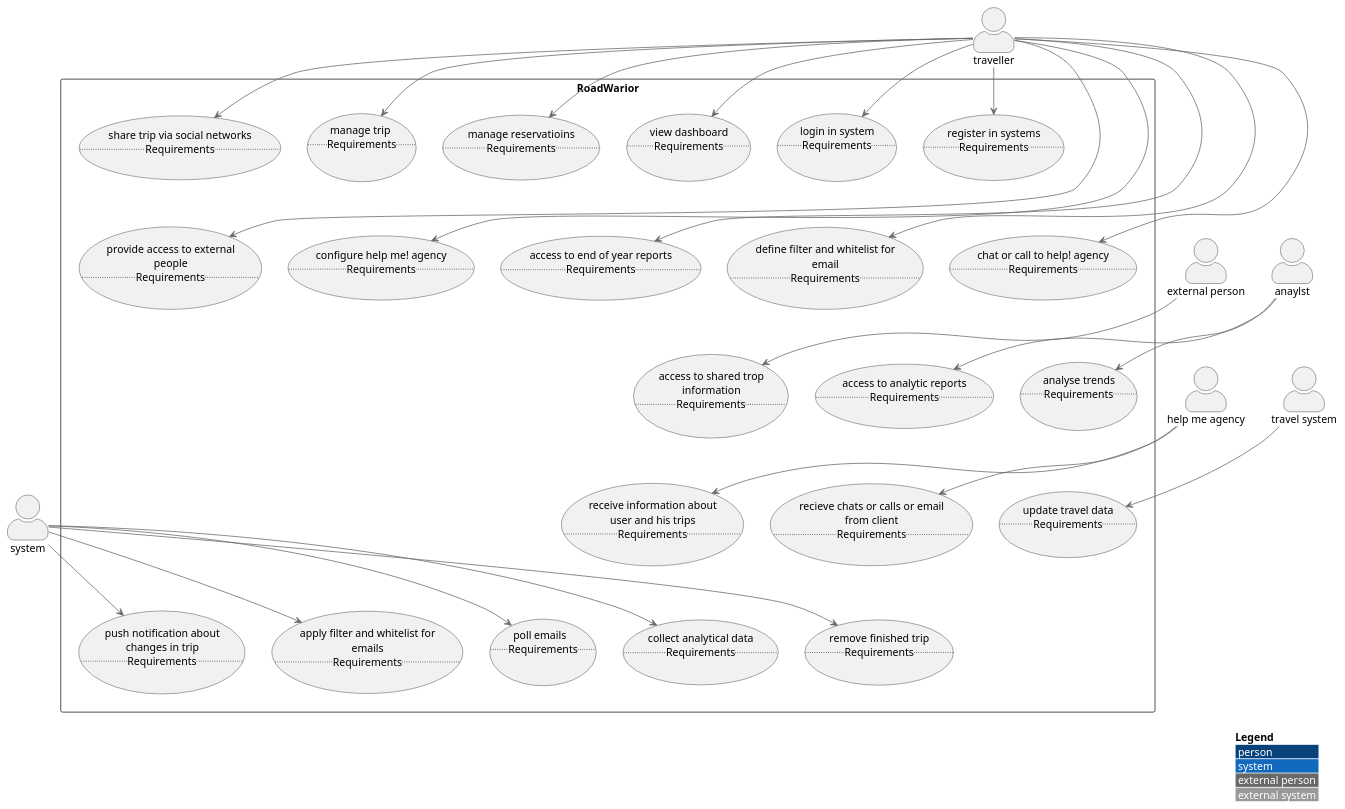
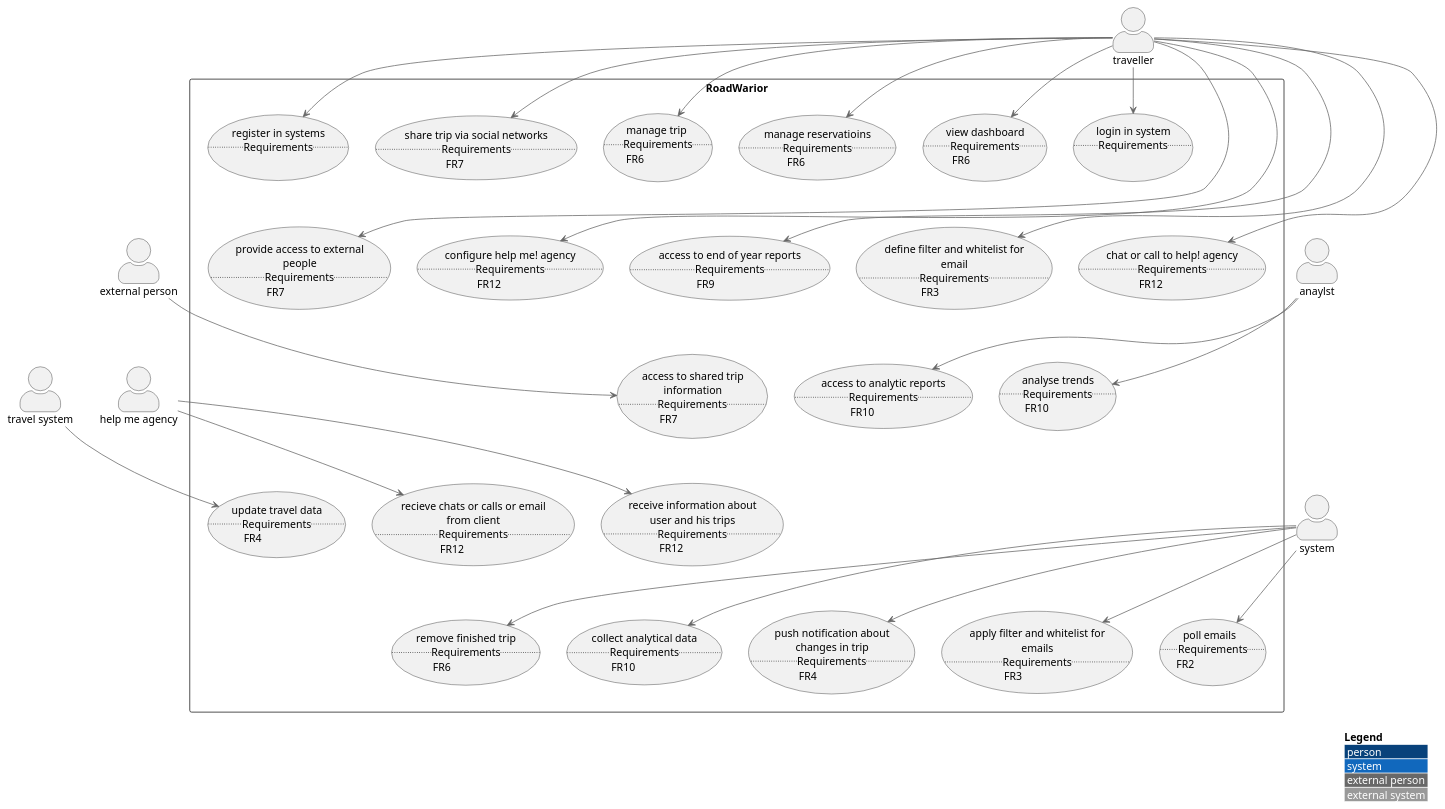
One commit to wschaef/architecture-kata-2023 changed the diagram in diagrams/use-cases.puml. Above: the diagram before and after it, drawn with PlantUML.

Commit message:
Added the reference to the requirements

```diff
--- a/diagrams/use-cases.puml
+++ b/diagrams/use-cases.puml
@@ -1,138 +1,88 @@
 @startuml UseCaseOverview
 !include <C4/C4_Context>
 
 LAYOUT_WITH_LEGEND()
 
 actor :traveller: as tr
 actor :external person: as ep
 actor :anaylst: as an
 actor :help me agency: as hma
 actor :travel system: as ts
 actor :system: as sy
 
+ep -[hidden]right- hma
+ts -[hidden]right- hma
 rectangle RoadWarior {
-    together {
-  usecase RIS as "register in systems 
-  ..Requirements..
-  "
-  usecase lis as "login in system
-  ..Requirements..
-  "
-  usecase vd as "view dashboard
-  ..Requirements..
-  "
+  together {
+    usecase RIS as "register in systems \n..Requirements..\n"
+    usecase lis as "login in system \n..Requirements..\n"
+    usecase vd as "view dashboard \n..Requirements..\nFR6"
+    usecase mr as "manage reservatioins \n..Requirements..\n FR6"
+    usecase mt as "manage trip \n..Requirements..\n FR6"
+    usecase stsn as "share trip via social networks \n..Requirements..\n FR7"
+  }
   
-    usecase mr as "manage reservatioins
-  ..Requirements..
-  "
-  usecase mt as "manage trip
-  ..Requirements..
-  "
-    usecase stsn as "share trip via social networks
-  ..Requirements..
-  "
+  together {
+    usecase patep as "provide access to external people \n..Requirements..\nFR7"
+    usecase cmha as "configure help me! agency \n..Requirements..\nFR12"
+    usecase ater as "access to end of year reports \n..Requirements..\nFR9"
+    usecase dfawfe as "define filter and whitelist for email \n..Requirements..\nFR3"
+    usecase coctha as "chat or call to help! agency \n..Requirements..\nFR12"
   }
-  together  {
-  usecase patep as "provide access to external people
-  ..Requirements..
-  "
-
-  usecase cmha as "configure help me! agency
-  ..Requirements..
-  "
-  usecase ater as "access to end of year reports
-  ..Requirements..
-  "
-
-  usecase dfawfe as "define filter and whitelist for email
-  ..Requirements..
-  "
-    usecase coctha as "chat or call to help! agency
-  ..Requirements..
-  "
-
-    }
+  
   together {
-
-  usecase atsti as "access to shared trop information
-  ..Requirements..
-  "
-
-  usecase atar as "access to analytic reports
-  ..Requirements..
-  "
-
-  usecase at as "analyse trends
-  ..Requirements..
-  "
+    usecase atsti as "access to shared trip information \n..Requirements..\nFR7"
+    usecase atar as "access to analytic reports \n..Requirements..\nFR10"
+    usecase at as "analyse trends \n..Requirements..\nFR10"
   }
+  
   together {
-  usecase riauaht as "receive information about user and his trips
-  ..Requirements..
-  "
-  usecase utd as "update travel data
-  ..Requirements..
-  "
-  usecase rcocoefc as "recieve chats or calls or email from client
-  ..Requirements..
-  "
+    usecase riauaht as "receive information about user and his trips \n..Requirements..\nFR12"
+    usecase utd as "update travel data \n..Requirements..\nFR4"
+    usecase rcocoefc as "recieve chats or calls or email from client \n..Requirements..\nFR12"
   }
+  
   together {
-
-  usecase pe as "poll emails
-  ..Requirements..
-  "
-
-    usecase afawfe as "apply filter and whitelist for emails
-  ..Requirements..
-  "
-  usecase pnacit as "push notification about changes in trip
-  ..Requirements..
-  "
-    
-    usecase rft as "remove finished trip
-  ..Requirements..
-  "
-
-  usecase cad as "collect analytical data
-  ..Requirements..
-  "
-
-    }
+    usecase pe as "poll emails \n..Requirements..\nFR2"
+    usecase afawfe as "apply filter and whitelist for emails \n..Requirements..\nFR3"
+    usecase pnacit as "push notification about changes in trip \n..Requirements..\nFR4"
+    usecase rft as "remove finished trip \n..Requirements..\nFR6"
+    usecase cad as "collect analytical data \n..Requirements..\nFR10"
+  }
 }
 
-sy -R-> cad
+sy --> cad
 sy --> rft
 sy --> pnacit
 sy --> afawfe
 sy --> pe
 
 tr --> RIS
 tr --> lis
 tr --> vd
 tr --> mr
 tr --> mt
 tr --> stsn
 tr --> patep
 tr --> cmha
 tr --> coctha
 tr --> ater
 tr --> dfawfe
 
 ep --> atsti
 
 an --> at
 an --> atar
 
 hma --> rcocoefc
 hma --> riauaht
 
 ts --> utd
 
 'Include dependencies, so that they are not in a single line
 RIS -[hidden]- patep
 patep -[hidden]- atsti
 atsti -[hidden]- riauaht 
 riauaht -[hidden]- rft
 
 @enduml
```
